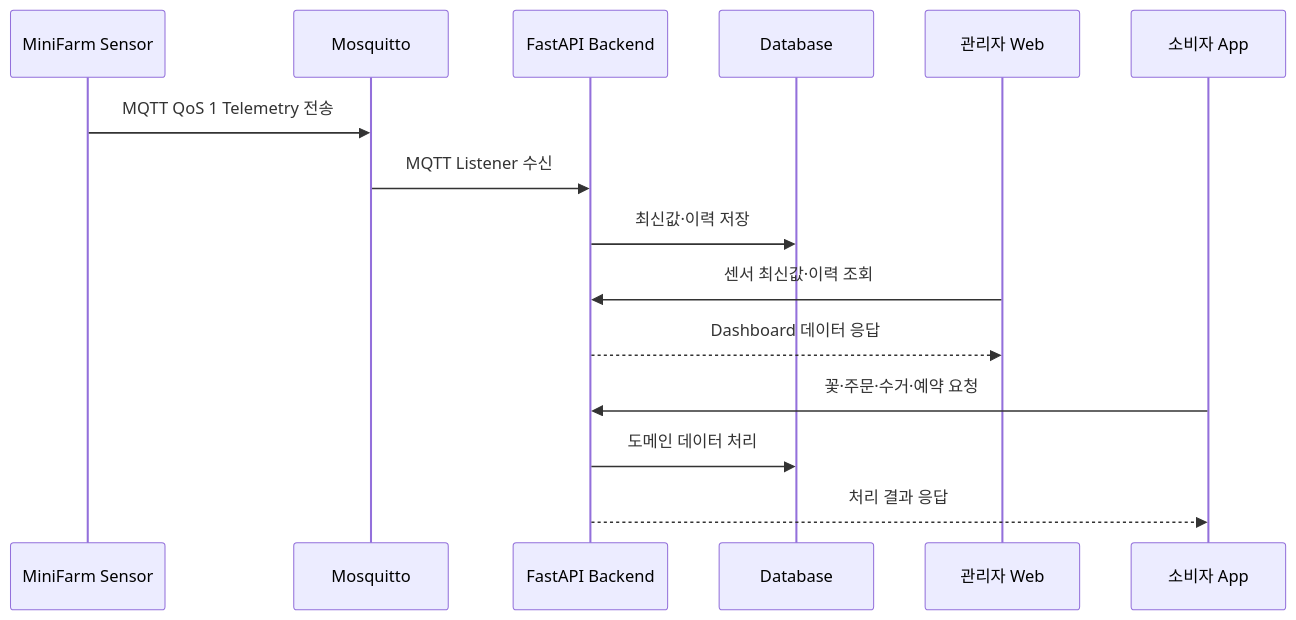
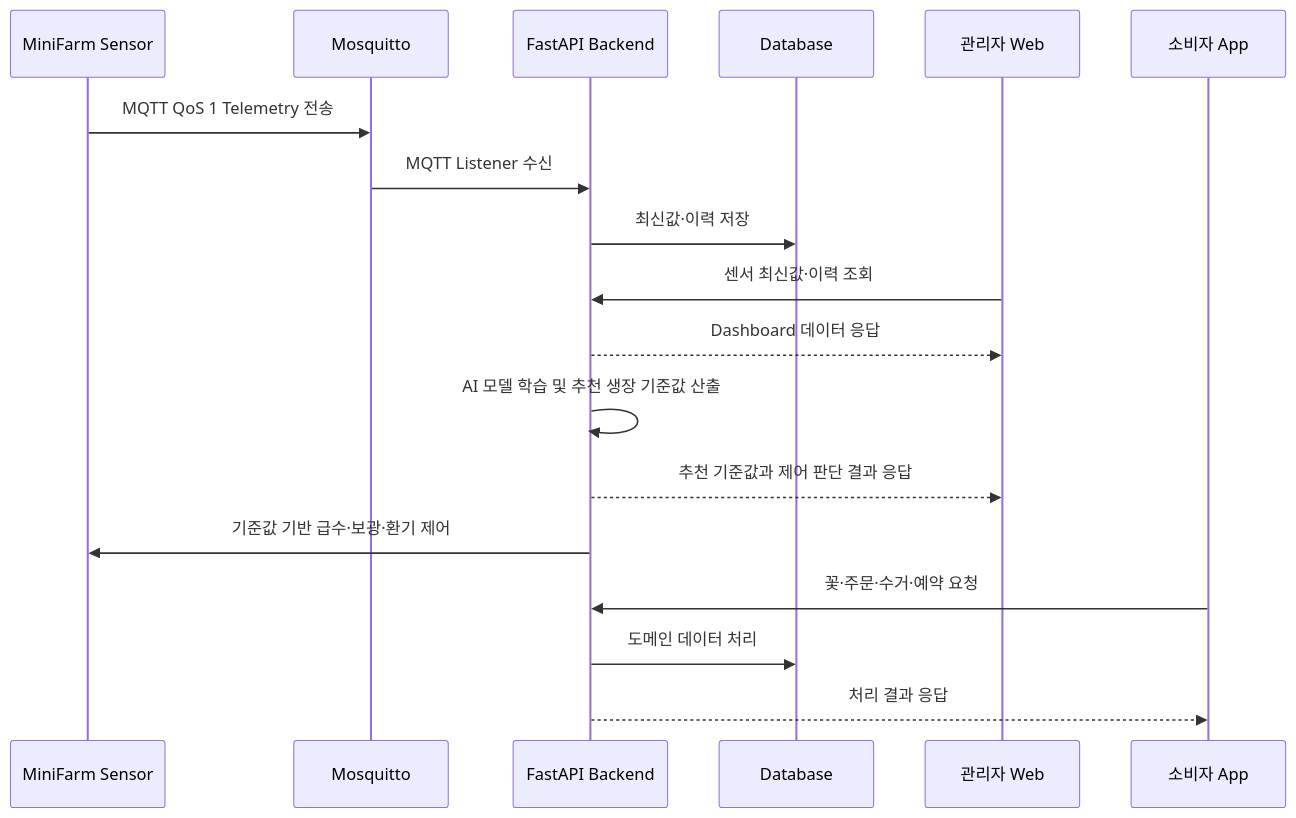
Before and after one commit to PNU-2026-AI-Hackathon/pnuai-b-04-Dalmegg: the second of 5 diagrams in README.md, drawn with Mermaid. The commit also changed other lines of this file, not shown here.

````diff
--- a/README.md
+++ b/README.md
@@ -112,18 +120,21 @@
 ```mermaid
 sequenceDiagram
   participant Sensor as MiniFarm Sensor
   participant Broker as Mosquitto
   participant API as FastAPI Backend
   participant DB as Database
   participant Web as 관리자 Web
   participant App as 소비자 App
 
   Sensor->>Broker: MQTT QoS 1 Telemetry 전송
   Broker->>API: MQTT Listener 수신
   API->>DB: 최신값·이력 저장
   Web->>API: 센서 최신값·이력 조회
   API-->>Web: Dashboard 데이터 응답
+  API->>API: AI 모델 학습 및 추천 생장 기준값 산출
+  API-->>Web: 추천 기준값과 제어 판단 결과 응답
+  API->>Sensor: 기준값 기반 급수·보광·환기 제어
   App->>API: 꽃·주문·수거·예약 요청
   API->>DB: 도메인 데이터 처리
   API-->>App: 처리 결과 응답
 ```
````
